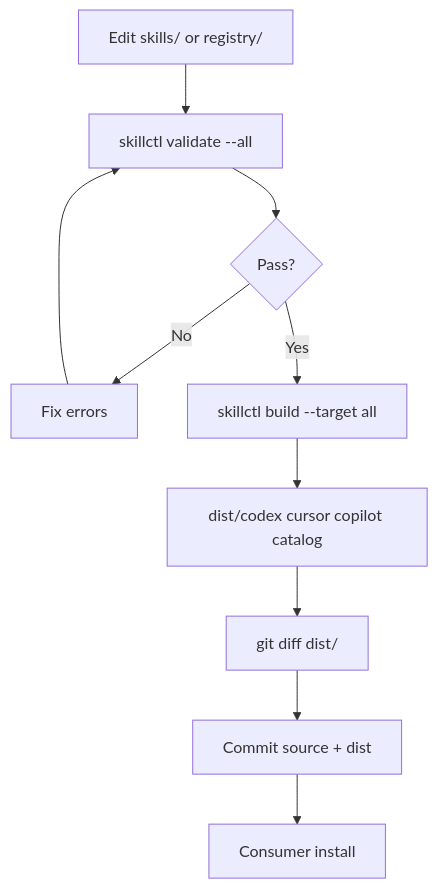
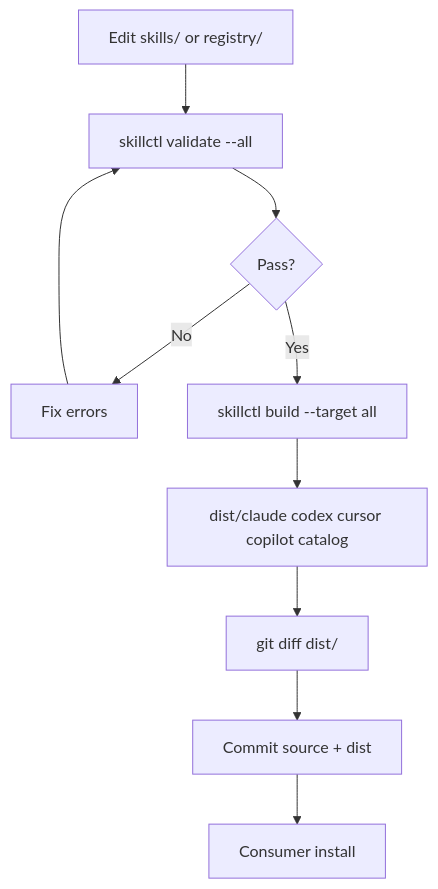
Before and after one commit to josalero/agent-skills: the second of 3 diagrams in docs/architecture/02-high-level-architecture.md, drawn with Mermaid. The commit also changed other lines of this file and 302 other files, not shown here.

````diff
--- a/docs/architecture/02-high-level-architecture.md
+++ b/docs/architecture/02-high-level-architecture.md
@@ -159,12 +160,12 @@
 ```mermaid
 flowchart TD
   A[Edit skills/ or registry/] --> B[skillctl validate --all]
   B --> C{Pass?}
   C -->|No| D[Fix errors]
   D --> B
   C -->|Yes| E[skillctl build --target all]
-  E --> F[dist/codex cursor copilot catalog]
+  E --> F[dist/claude codex cursor copilot catalog]
   F --> G[git diff dist/]
   G --> H[Commit source + dist]
   H --> I[Consumer install]
 ```
````
